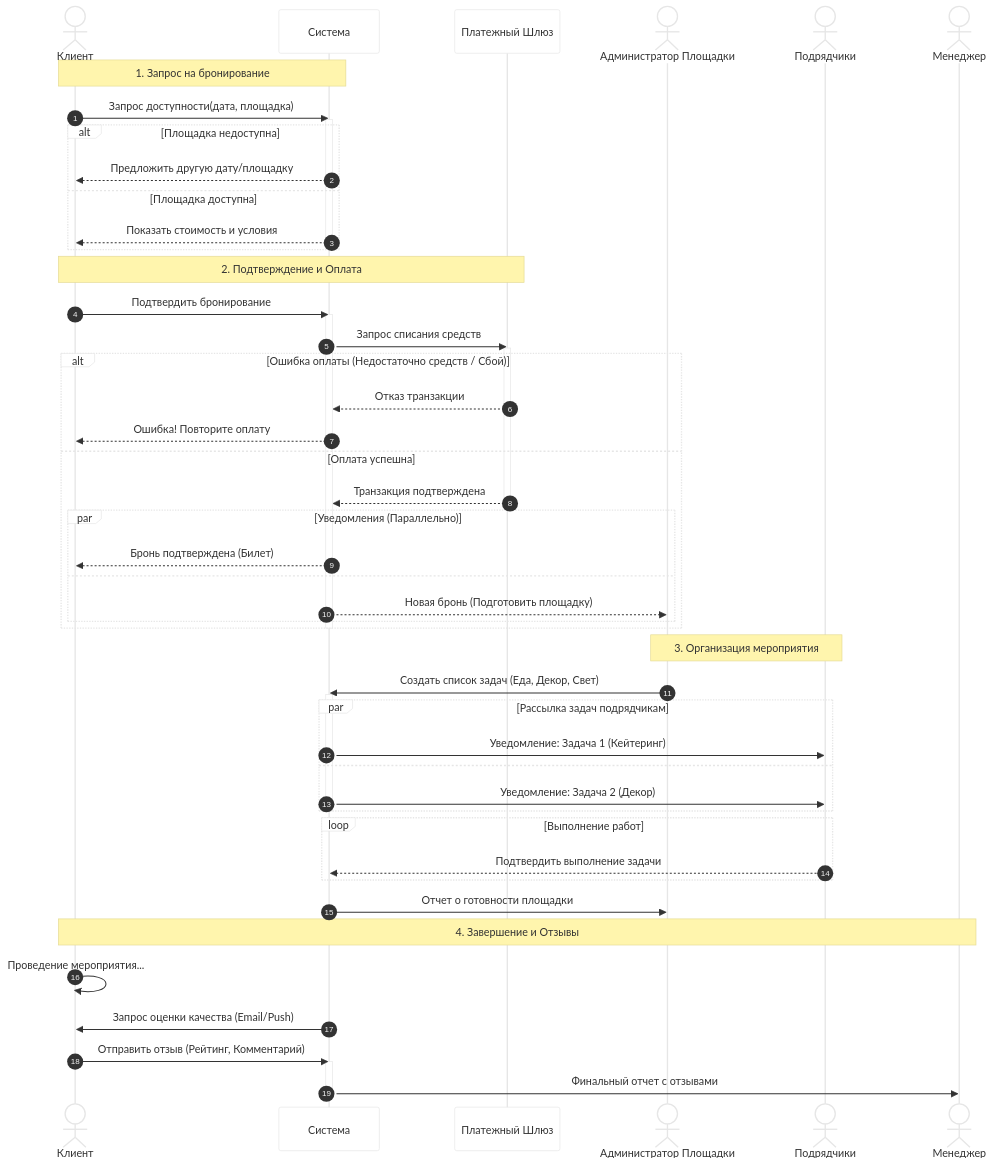
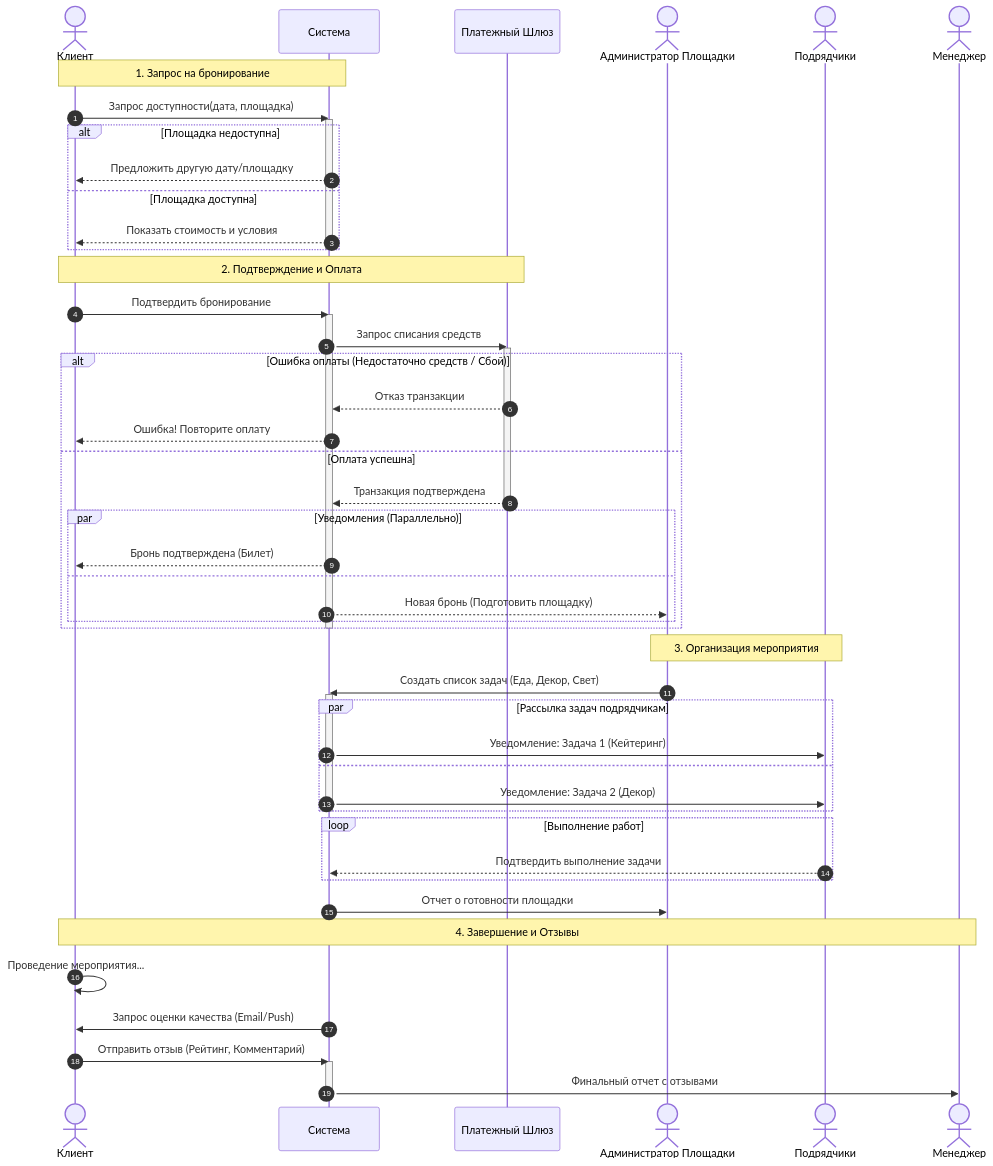
One commit to dsasadsz/- changed the diagram in M12DZ2.md. Above: the diagram before and after it, drawn with Mermaid.

````diff
--- a/M12DZ2.md
+++ b/M12DZ2.md
@@ -1,75 +1,74 @@
 ```mermaid
-%%{init: {'theme': 'base', 'themeVariables': { 'primaryColor': '#ffffff', 'edgeLabelBackground':'#fff', 'tertiaryColor': '#fff'}}}%%
 sequenceDiagram
     autonumber
     
     actor Client as Клиент
     participant System as Система
     participant Gateway as Платежный Шлюз
     actor Admin as Администратор Площадки
     actor Contractor as Подрядчики
     actor Manager as Менеджер
 
     Note over Client, System: 1. Запрос на бронирование
 
     Client->>System: Запрос доступности(дата, площадка)
     activate System
     
     alt Площадка недоступна
         System-->>Client: Предложить другую дату/площадку
     else Площадка доступна
         System-->>Client: Показать стоимость и условия
     end
     deactivate System
 
     Note over Client, Gateway: 2. Подтверждение и Оплата
 
     Client->>System: Подтвердить бронирование
     activate System
     System->>Gateway: Запрос списания средств
     activate Gateway
     
     alt Ошибка оплаты (Недостаточно средств / Сбой)
         Gateway-->>System: Отказ транзакции
         System-->>Client: Ошибка! Повторите оплату
     else Оплата успешна
         Gateway-->>System: Транзакция подтверждена
         deactivate Gateway
         
         par Уведомления (Параллельно)
             System-->>Client: Бронь подтверждена (Билет)
         and
             System-->>Admin: Новая бронь (Подготовить площадку)
         end
     end
     deactivate System
 
     Note over Admin, Contractor: 3. Организация мероприятия
 
     Admin->>System: Создать список задач (Еда, Декор, Свет)
     activate System
     
     par Рассылка задач подрядчикам
         System->>Contractor: Уведомление: Задача 1 (Кейтеринг)
     and
         System->>Contractor: Уведомление: Задача 2 (Декор)
     end
     deactivate System
 
     loop Выполнение работ
         Contractor-->>System: Подтвердить выполнение задачи
     end
 
     System->>Admin: Отчет о готовности площадки
 
     Note over Client, Manager: 4. Завершение и Отзывы
 
     Client->>Client: Проведение мероприятия...
     
     System->>Client: Запрос оценки качества (Email/Push)
     Client->>System: Отправить отзыв (Рейтинг, Комментарий)
     activate System
     System->>Manager: Финальный отчет с отзывами
     deactivate System
 
 ```
````
